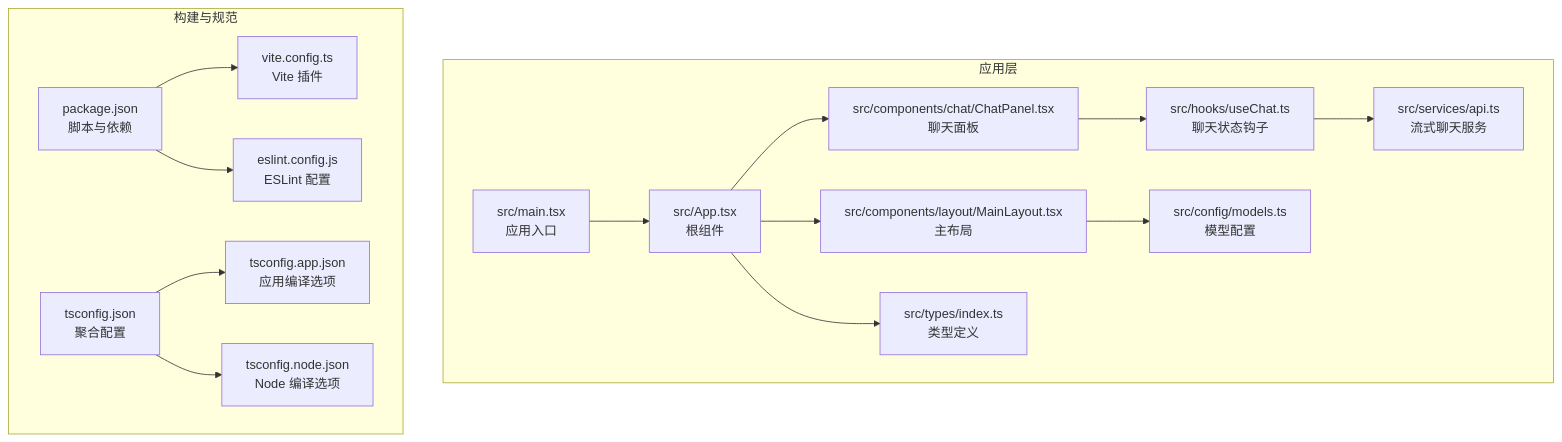
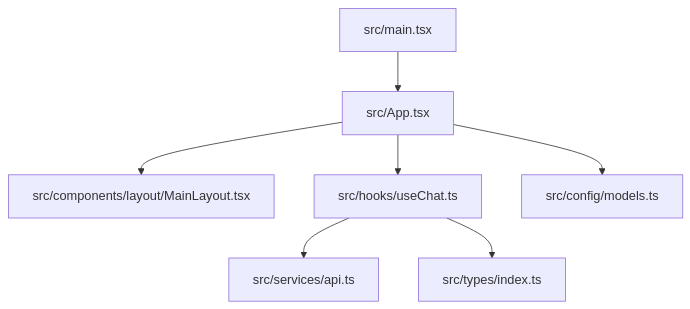
Before and after one commit to billye220670/AIShop: the first of 6 diagrams in .qoder/repowiki/zh/content/开发指南/开发指南.md, drawn with Mermaid. The commit also changed other lines of this file and 135 other files, not shown here.

````diff
--- a/.qoder/repowiki/zh/content/开发指南/开发指南.md
+++ b/.qoder/repowiki/zh/content/开发指南/开发指南.md
@@ -50,32 +43,9 @@
 ```mermaid
 graph TB
-subgraph "应用层"
-A["src/main.tsx<br/>应用入口"]
-B["src/App.tsx<br/>根组件"]
-C["src/components/layout/MainLayout.tsx<br/>主布局"]
-D["src/components/chat/ChatPanel.tsx<br/>聊天面板"]
-E["src/hooks/useChat.ts<br/>聊天状态钩子"]
-F["src/services/api.ts<br/>流式聊天服务"]
-G["src/config/models.ts<br/>模型配置"]
-H["src/types/index.ts<br/>类型定义"]
-end
-subgraph "构建与规范"
-P["package.json<br/>脚本与依赖"]
-V["vite.config.ts<br/>Vite 插件"]
-L["eslint.config.js<br/>ESLint 配置"]
-T1["tsconfig.json<br/>聚合配置"]
-T2["tsconfig.app.json<br/>应用编译选项"]
-T3["tsconfig.node.json<br/>Node 编译选项"]
-end
-A --> B
-B --> C
-B --> D
-D --> E
-E --> F
-C --> G
-B --> H
-P --> V
-P --> L
-T1 --> T2
-T1 --> T3
+A["src/main.tsx"] --> B["src/App.tsx"]
+B --> C["src/components/layout/MainLayout.tsx"]
+B --> D["src/hooks/useChat.ts"]
+D --> E["src/services/api.ts"]
+B --> F["src/config/models.ts"]
+D --> G["src/types/index.ts"]
 ```
````
